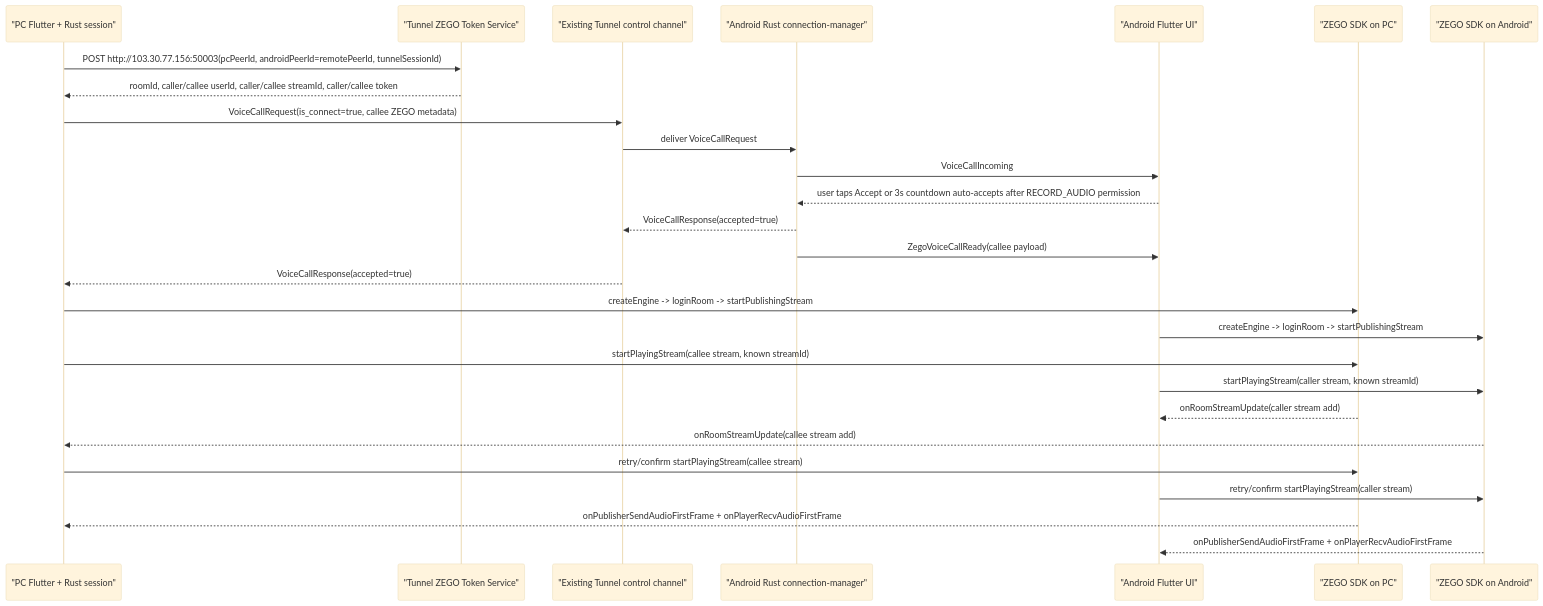
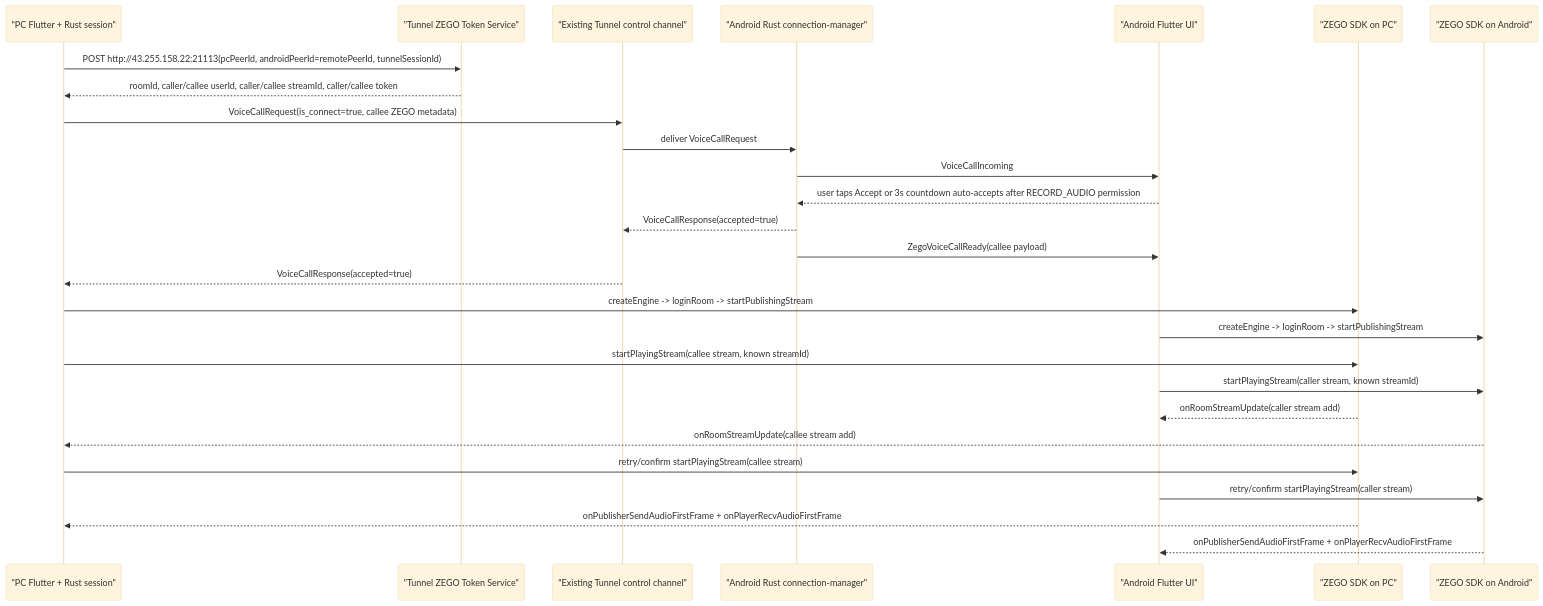
Before and after one commit to adb-shell/Tunnel: the first of 3 diagrams in docs/ZEGO_VOICE_CALL_ARCHITECTURE.md, drawn with Mermaid (base theme). The commit also changed other lines of this file and 11 other files, not shown here.

````diff
--- a/docs/ZEGO_VOICE_CALL_ARCHITECTURE.md
+++ b/docs/ZEGO_VOICE_CALL_ARCHITECTURE.md
@@ -17,30 +17,30 @@
 ```mermaid
 sequenceDiagram
     participant PC as "PC Flutter + Rust session"
     participant Token as "Tunnel ZEGO Token Service"
     participant Conn as "Existing Tunnel control channel"
     participant AndroidRust as "Android Rust connection-manager"
     participant AndroidUI as "Android Flutter UI"
     participant ZegoPC as "ZEGO SDK on PC"
     participant ZegoAndroid as "ZEGO SDK on Android"
 
-    PC->>Token: POST http://103.30.77.156:50003(pcPeerId, androidPeerId=remotePeerId, tunnelSessionId)
+    PC->>Token: POST http://43.255.158.22:21113(pcPeerId, androidPeerId=remotePeerId, tunnelSessionId)
     Token-->>PC: roomId, caller/callee userId, caller/callee streamId, caller/callee token
     PC->>Conn: VoiceCallRequest(is_connect=true, callee ZEGO metadata)
     Conn->>AndroidRust: deliver VoiceCallRequest
     AndroidRust->>AndroidUI: VoiceCallIncoming
     AndroidUI-->>AndroidRust: user taps Accept or 3s countdown auto-accepts after RECORD_AUDIO permission
     AndroidRust-->>Conn: VoiceCallResponse(accepted=true)
     AndroidRust->>AndroidUI: ZegoVoiceCallReady(callee payload)
     Conn-->>PC: VoiceCallResponse(accepted=true)
     PC->>ZegoPC: createEngine -> loginRoom -> startPublishingStream
     AndroidUI->>ZegoAndroid: createEngine -> loginRoom -> startPublishingStream
     PC->>ZegoPC: startPlayingStream(callee stream, known streamId)
     AndroidUI->>ZegoAndroid: startPlayingStream(caller stream, known streamId)
     ZegoPC-->>AndroidUI: onRoomStreamUpdate(caller stream add)
     ZegoAndroid-->>PC: onRoomStreamUpdate(callee stream add)
     PC->>ZegoPC: retry/confirm startPlayingStream(callee stream)
     AndroidUI->>ZegoAndroid: retry/confirm startPlayingStream(caller stream)
     ZegoPC-->>PC: onPublisherSendAudioFirstFrame + onPlayerRecvAudioFirstFrame
     ZegoAndroid-->>AndroidUI: onPublisherSendAudioFirstFrame + onPlayerRecvAudioFirstFrame
 ```
````
